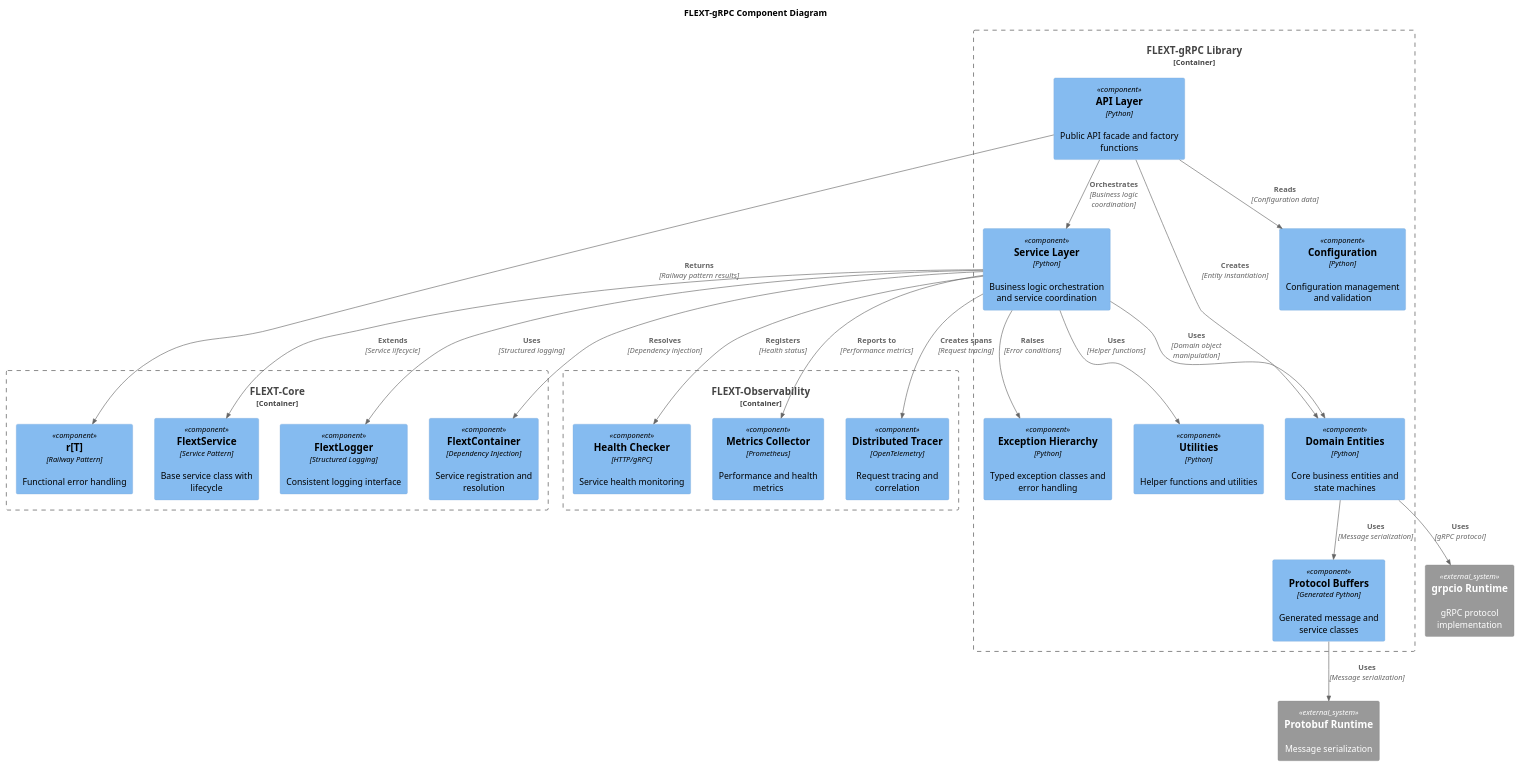
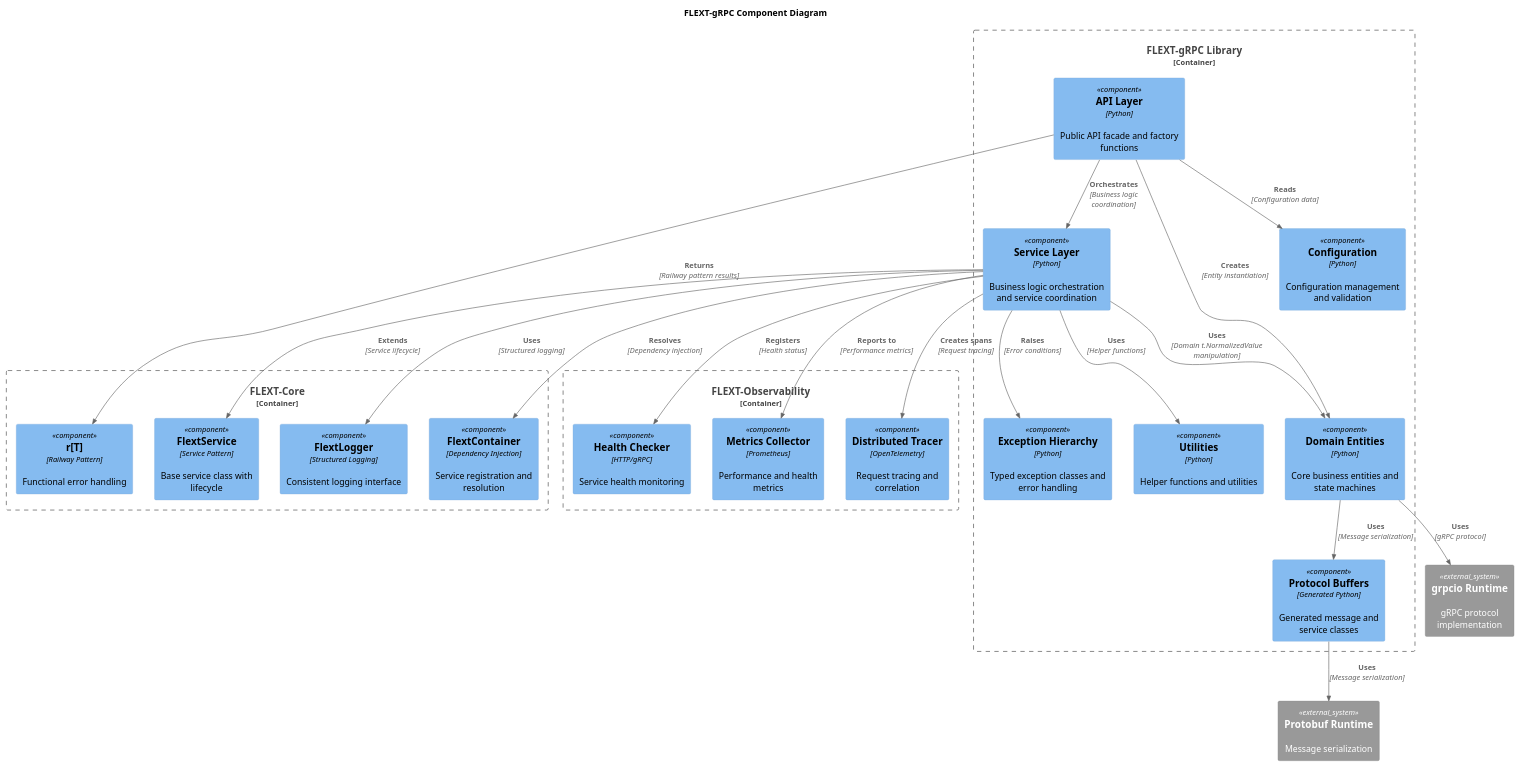
Before and after one commit to flext-sh/flext-grpc: the diagram in docs/architecture/diagrams/components.puml, drawn with PlantUML. The commit also changed 12 other files, not shown here.

```diff
--- a/docs/architecture/diagrams/components.puml
+++ b/docs/architecture/diagrams/components.puml
@@ -1,54 +1,54 @@
 @startuml FLEXT-gRPC Component Diagram
 !include <C4/C4_Component>
 
 title FLEXT-gRPC Component Diagram
 
 Container_Boundary(flext_grpc_lib, "FLEXT-gRPC Library") {
     Component(flext_grpc_api, "API Layer", "Python", "Public API facade and factory functions")
     Component(flext_grpc_services, "Service Layer", "Python", "Business logic orchestration and service coordination")
     Component(flext_grpc_entities, "Domain Entities", "Python", "Core business entities and state machines")
     Component(flext_grpc_config, "Configuration", "Python", "Configuration management and validation")
     Component(flext_grpc_exceptions, "Exception Hierarchy", "Python", "Typed exception classes and error handling")
     Component(flext_grpc_utilities, "Utilities", "Python", "Helper functions and utilities")
     Component(flext_grpc_protobuf, "Protocol Buffers", "Generated Python", "Generated message and service classes")
 }
 
 Container_Boundary(flext_core, "FLEXT-Core") {
     Component(flext_result, "r[T]", "Railway Pattern", "Functional error handling")
     Component(flext_container, "FlextContainer", "Dependency Injection", "Service registration and resolution")
     Component(flext_service, "FlextService", "Service Pattern", "Base service class with lifecycle")
     Component(flext_logger, "FlextLogger", "Structured Logging", "Consistent logging interface")
 }
 
 Container_Boundary(flext_observability, "FLEXT-Observability") {
     Component(metrics_collector, "Metrics Collector", "Prometheus", "Performance and health metrics")
     Component(tracer, "Distributed Tracer", "OpenTelemetry", "Request tracing and correlation")
     Component(health_checker, "Health Checker", "HTTP/gRPC", "Service health monitoring")
 }
 
 System_Ext(grpcio_runtime, "grpcio Runtime", "gRPC protocol implementation")
 System_Ext(protobuf_runtime, "Protobuf Runtime", "Message serialization")
 
 Rel(flext_grpc_api, flext_grpc_services, "Orchestrates", "Business logic coordination")
 Rel(flext_grpc_api, flext_grpc_entities, "Creates", "Entity instantiation")
 Rel(flext_grpc_api, flext_grpc_config, "Reads", "Configuration data")
 
-Rel(flext_grpc_services, flext_grpc_entities, "Uses", "Domain object manipulation")
+Rel(flext_grpc_services, flext_grpc_entities, "Uses", "Domain t.NormalizedValue manipulation")
 Rel(flext_grpc_services, flext_grpc_exceptions, "Raises", "Error conditions")
 Rel(flext_grpc_services, flext_grpc_utilities, "Uses", "Helper functions")
 
 Rel(flext_grpc_entities, flext_grpc_protobuf, "Uses", "Message serialization")
 
 Rel(flext_grpc_api, flext_result, "Returns", "Railway pattern results")
 Rel(flext_grpc_services, flext_container, "Resolves", "Dependency injection")
 Rel(flext_grpc_services, flext_service, "Extends", "Service lifecycle")
 Rel(flext_grpc_services, flext_logger, "Uses", "Structured logging")
 
 Rel(flext_grpc_services, metrics_collector, "Reports to", "Performance metrics")
 Rel(flext_grpc_services, tracer, "Creates spans", "Request tracing")
 Rel(flext_grpc_services, health_checker, "Registers", "Health status")
 
 Rel(flext_grpc_entities, grpcio_runtime, "Uses", "gRPC protocol")
 Rel(flext_grpc_protobuf, protobuf_runtime, "Uses", "Message serialization")
 
 @enduml
```
